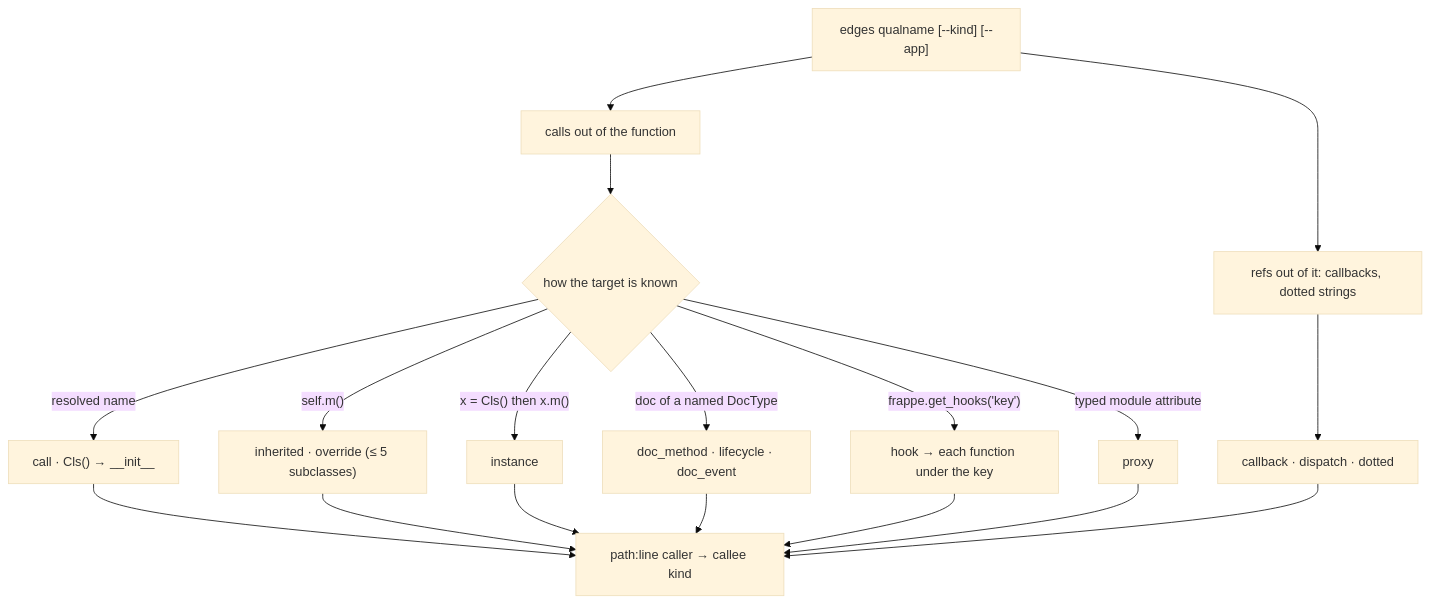
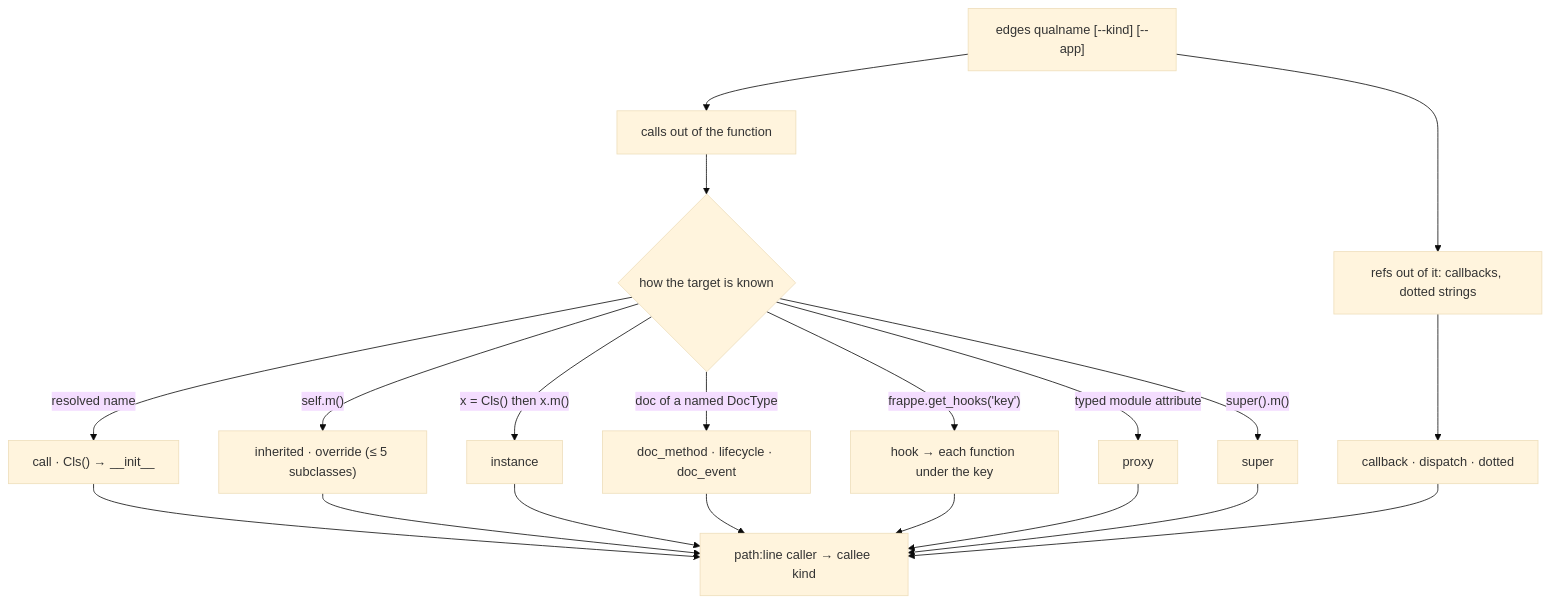
One commit to diptanilsaha/frappe-ast changed diagram 19 of 26 in docs/how-it-works.md. Above: the diagram before and after it, drawn with Mermaid (base theme). The commit also changed other lines of this file and 14 other files, not shown here.

````diff
--- a/docs/how-it-works.md
+++ b/docs/how-it-works.md
@@ -298,20 +298,22 @@
 ```mermaid
 flowchart TD
   a["edges qualname [--kind] [--app]"] --> c["calls out of the function"]
   a --> r["refs out of it: callbacks, dotted strings"]
   c --> t{"how the target is known"}
   t -->|"resolved name"| cl1["call · Cls() → __init__"]
   t -->|"self.m()"| inh["inherited · override (≤ 5 subclasses)"]
   t -->|"x = Cls() then x.m()"| ins["instance"]
   t -->|"doc of a named DocType"| doc["doc_method · lifecycle · doc_event"]
   t -->|"frappe.get_hooks('key')"| hook["hook → each function under the key"]
   t -->|"typed module attribute"| prx["proxy"]
+  t -->|"super().m()"| sup["super"]
   r --> ref["callback · dispatch · dotted"]
   cl1 --> out["path:line caller → callee kind"]
   inh --> out
   ins --> out
   doc --> out
   hook --> out
   prx --> out
+  sup --> out
   ref --> out
 ```
````
